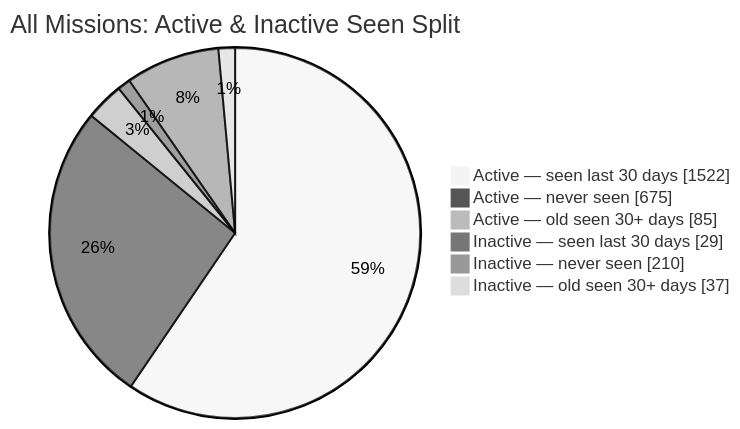
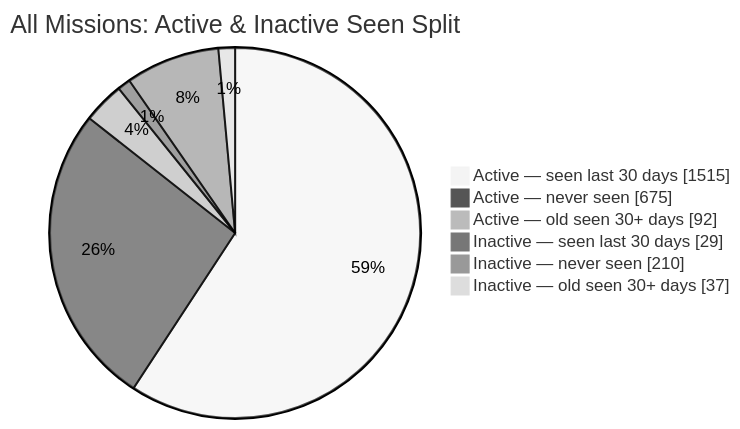
One commit to MeldkamerspelGameTeam/active-missions changed the second of 2 diagrams in README.md. Above: the diagram before and after it, drawn with Mermaid (neutral theme). The commit also changed other lines of this file and 2 other files, not shown here.

````diff
--- a/README.md
+++ b/README.md
@@ -44,10 +44,10 @@
 ```mermaid
 pie showData
     title All Missions: Active & Inactive Seen Split
-    "Active — seen last 30 days" : 1522
+    "Active — seen last 30 days" : 1515
     "Active — never seen" : 675
-    "Active — old seen 30+ days" : 85
+    "Active — old seen 30+ days" : 92
     "Inactive — seen last 30 days" : 29
     "Inactive — never seen" : 210
     "Inactive — old seen 30+ days" : 37
 ```
````
